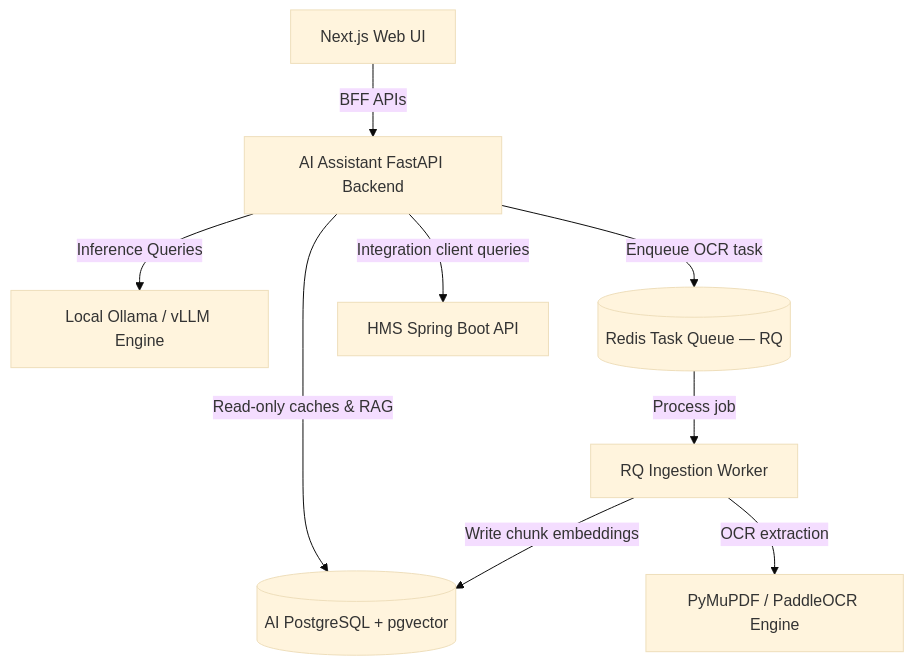
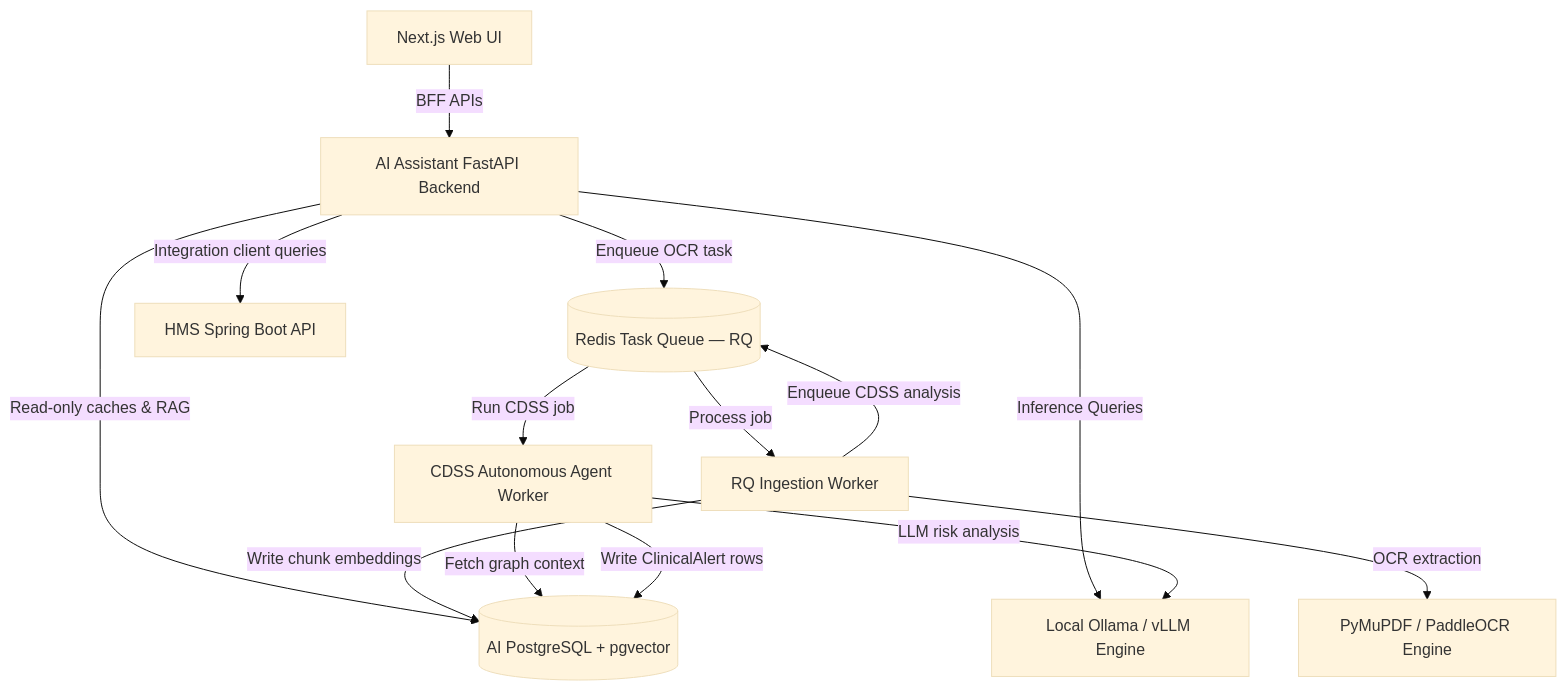
Before and after one commit to qwan30/chat-hospital-system: the first of 3 diagrams in docs/04-architecture/architecture.md, drawn with Mermaid (base theme). The commit also changed other lines of this file and 11 other files, not shown here.

Commit message:
docs: sync all documentation with CDSS Autonomous Agent feature (v5.0)

````diff
--- a/docs/04-architecture/architecture.md
+++ b/docs/04-architecture/architecture.md
@@ -24,11 +24,16 @@
 ```mermaid
 flowchart TD
     UI[Next.js Web UI] -->|BFF APIs| BFF[AI Assistant FastAPI Backend]
     BFF -->|Read-only caches & RAG| PG[(AI PostgreSQL + pgvector)]
     BFF -->|Inference Queries| LLM[Local Ollama / vLLM Engine]
     BFF -->|Enqueue OCR task| Redis[(Redis Task Queue — RQ)]
     Redis -->|Process job| Worker[RQ Ingestion Worker]
     Worker -->|OCR extraction| OCR[PyMuPDF / PaddleOCR Engine]
     Worker -->|Write chunk embeddings| PG
+    Worker -->|Enqueue CDSS analysis| Redis
+    Redis -->|Run CDSS job| CDSS[CDSS Autonomous Agent Worker]
+    CDSS -->|Fetch graph context| PG
+    CDSS -->|LLM risk analysis| LLM
+    CDSS -->|Write ClinicalAlert rows| PG
     BFF -->|Integration client queries| HMS[HMS Spring Boot API]
 ```
````
